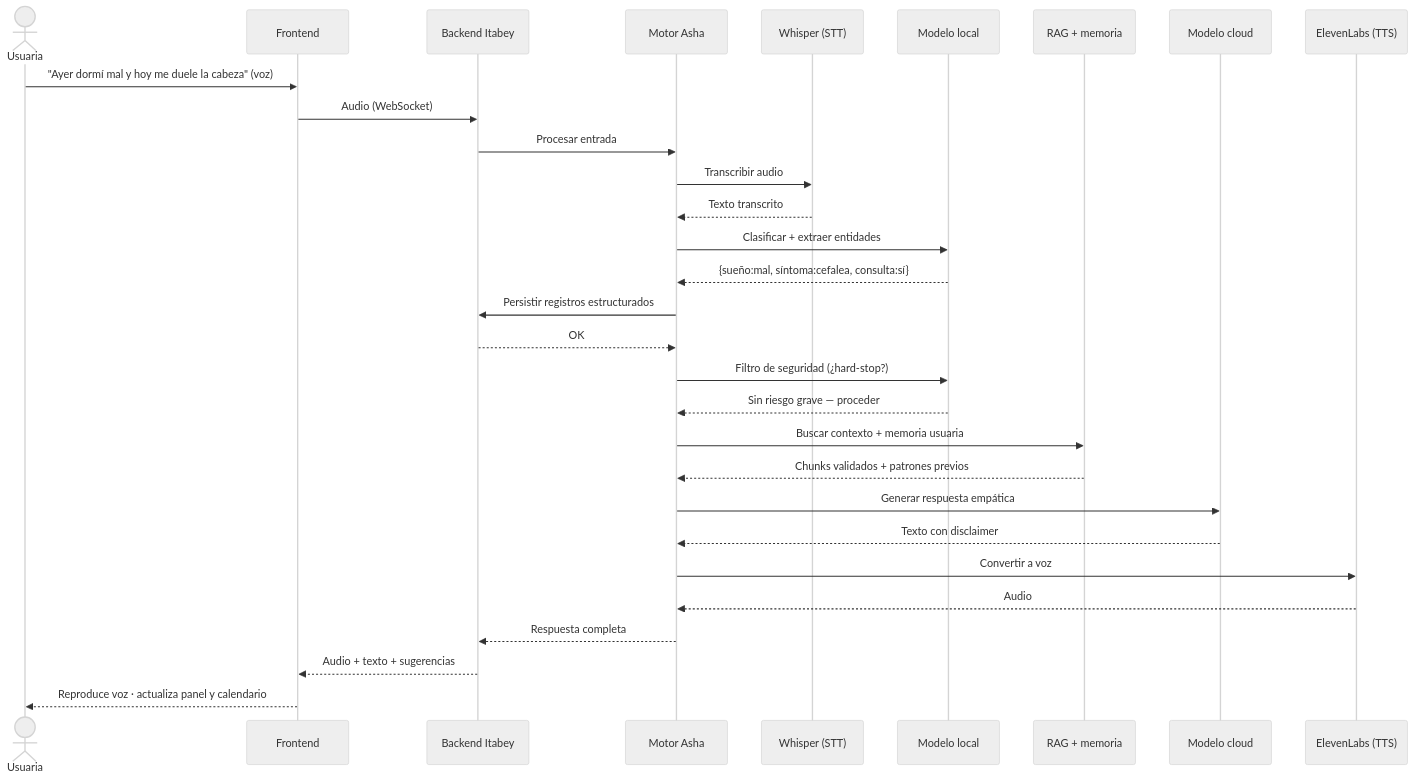
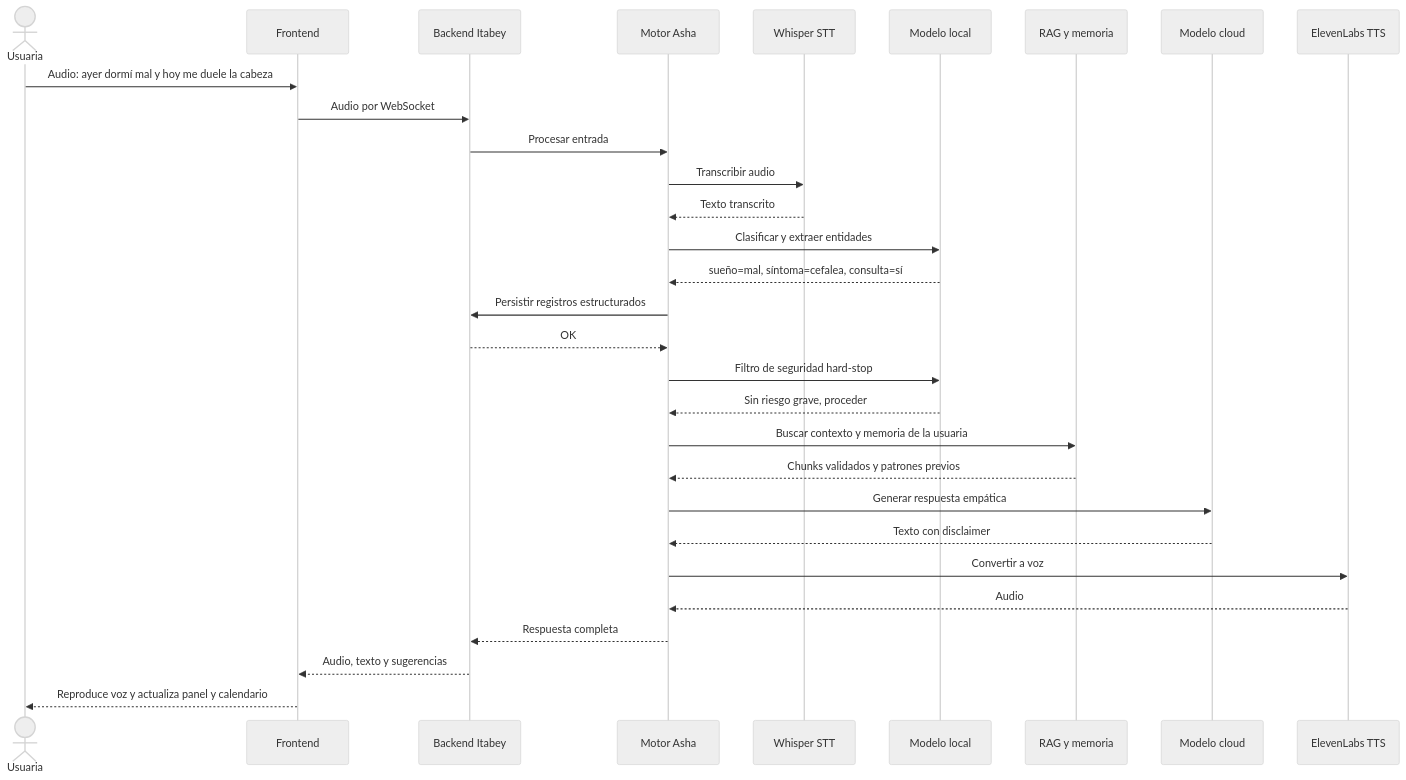
One commit to asantolaria/Itabey changed the second of 2 diagrams in docs/delivery/arquitectura-preliminar.md. Above: the diagram before and after it, drawn with Mermaid (neutral theme). The commit also changed other lines of this file and 3 other files, not shown here.

````diff
--- a/docs/delivery/arquitectura-preliminar.md
+++ b/docs/delivery/arquitectura-preliminar.md
@@ -475,33 +475,33 @@
 ```mermaid
 sequenceDiagram
     actor U as Usuaria
     participant FE as Frontend
     participant BE as Backend Itabey
     participant Asha as Motor Asha
-    participant STT as Whisper (STT)
+    participant STT as Whisper STT
     participant Local as Modelo local
-    participant RAG as RAG + memoria
+    participant RAG as RAG y memoria
     participant Cloud as Modelo cloud
-    participant TTS as ElevenLabs (TTS)
+    participant TTS as ElevenLabs TTS
 
-    U->>FE: "Ayer dormí mal y hoy me duele la cabeza" (voz)
-    FE->>BE: Audio (WebSocket)
+    U->>FE: Audio: ayer dormí mal y hoy me duele la cabeza
+    FE->>BE: Audio por WebSocket
     BE->>Asha: Procesar entrada
     Asha->>STT: Transcribir audio
     STT-->>Asha: Texto transcrito
-    Asha->>Local: Clasificar + extraer entidades
-    Local-->>Asha: {sueño:mal, síntoma:cefalea, consulta:sí}
+    Asha->>Local: Clasificar y extraer entidades
+    Local-->>Asha: sueño=mal, síntoma=cefalea, consulta=sí
     Asha->>BE: Persistir registros estructurados
     BE-->>Asha: OK
-    Asha->>Local: Filtro de seguridad (¿hard-stop?)
-    Local-->>Asha: Sin riesgo grave — proceder
-    Asha->>RAG: Buscar contexto + memoria usuaria
-    RAG-->>Asha: Chunks validados + patrones previos
+    Asha->>Local: Filtro de seguridad hard-stop
+    Local-->>Asha: Sin riesgo grave, proceder
+    Asha->>RAG: Buscar contexto y memoria de la usuaria
+    RAG-->>Asha: Chunks validados y patrones previos
     Asha->>Cloud: Generar respuesta empática
     Cloud-->>Asha: Texto con disclaimer
     Asha->>TTS: Convertir a voz
     TTS-->>Asha: Audio
     Asha-->>BE: Respuesta completa
-    BE-->>FE: Audio + texto + sugerencias
-    FE-->>U: Reproduce voz · actualiza panel y calendario
+    BE-->>FE: Audio, texto y sugerencias
+    FE-->>U: Reproduce voz y actualiza panel y calendario
 ```
````
